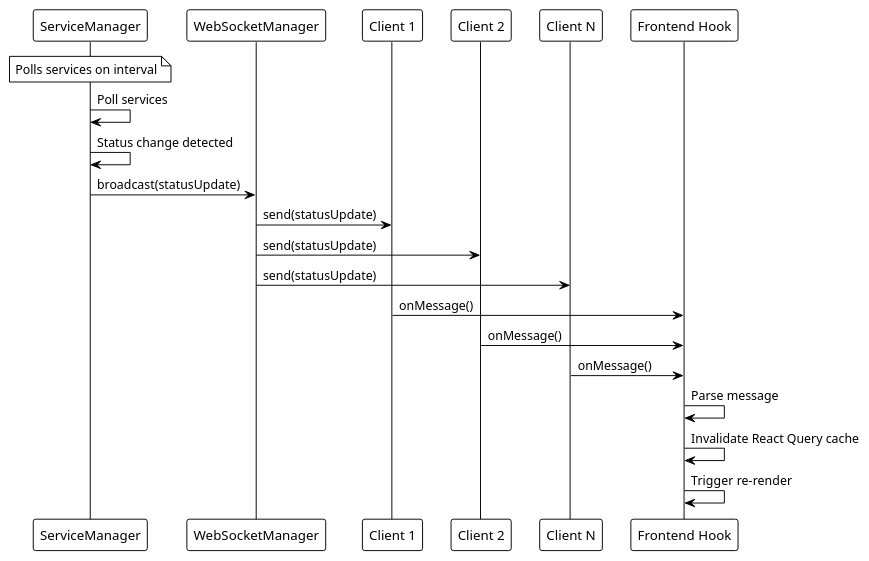
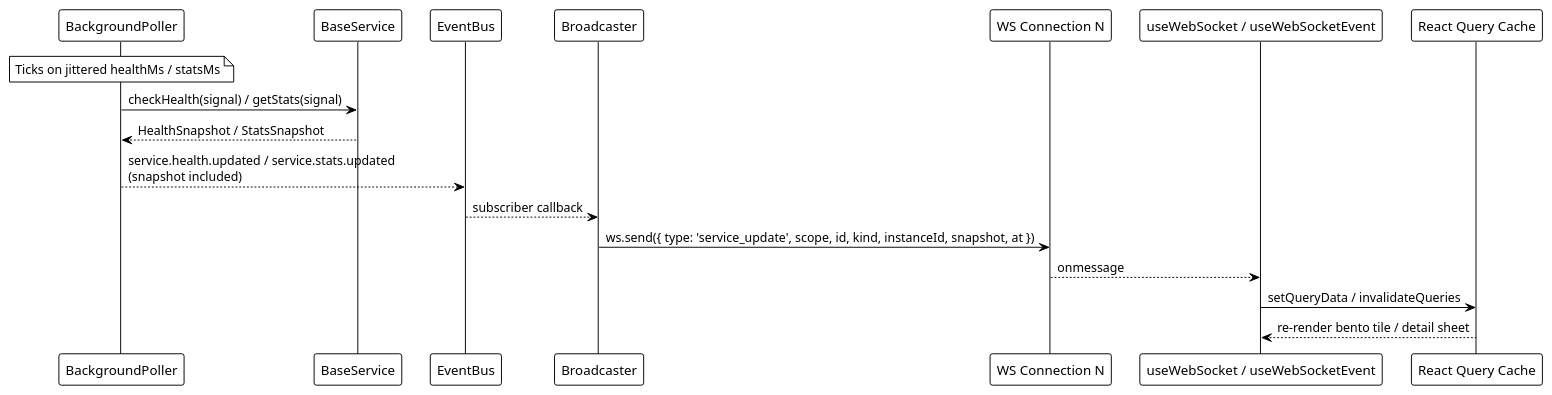
Before and after one commit to EraPartner/Watchman: the third of 4 diagrams in docs/architecture/data-flow.md, drawn with PlantUML. The commit also changed other lines of this file and 9 other files, not shown here.

First line of the commit message:
docs: align KB with ADR-017 (no auth) and add interactive flow visualizer

````diff
--- a/docs/architecture/data-flow.md
+++ b/docs/architecture/data-flow.md
@@ -222,29 +226,24 @@
 ```plantuml
 @startuml
 !theme plain
 
-participant "ServiceManager" as SvcMgr
-participant "WebSocketManager" as WSMgr
-participant "Client 1" as C1
-participant "Client 2" as C2
-participant "Client N" as Cn
-participant "Frontend Hook" as Hook
+participant "BackgroundPoller" as Poll
+participant "BaseService" as Svc
+participant "EventBus" as Bus
+participant "Broadcaster" as WSB
+participant "WS Connection N" as Conn
+participant "useWebSocket / useWebSocketEvent" as Hook
+participant "React Query Cache" as Query
 
-note over SvcMgr : Polls services on interval
+note over Poll : Ticks on jittered healthMs / statsMs
 
-SvcMgr -> SvcMgr : Poll services
-SvcMgr -> SvcMgr : Status change detected
-SvcMgr -> WSMgr : broadcast(statusUpdate)
-WSMgr -> C1 : send(statusUpdate)
-WSMgr -> C2 : send(statusUpdate)
-WSMgr -> Cn : send(statusUpdate)
-
-C1 -> Hook : onMessage()
-C2 -> Hook : onMessage()
-Cn -> Hook : onMessage()
-
-Hook -> Hook : Parse message
-Hook -> Hook : Invalidate React Query cache
-Hook -> Hook : Trigger re-render
+Poll -> Svc : checkHealth(signal) / getStats(signal)
+Svc --> Poll : HealthSnapshot / StatsSnapshot
+Poll --> Bus : service.health.updated / service.stats.updated\n(snapshot included)
+Bus --> WSB : subscriber callback
+WSB -> Conn : ws.send({ type: 'service_update', scope, id, kind, instanceId, snapshot, at })
+Conn --> Hook : onmessage
+Hook -> Query : setQueryData / invalidateQueries
+Query --> Hook : re-render bento tile / detail sheet
 @enduml
 ```
````
